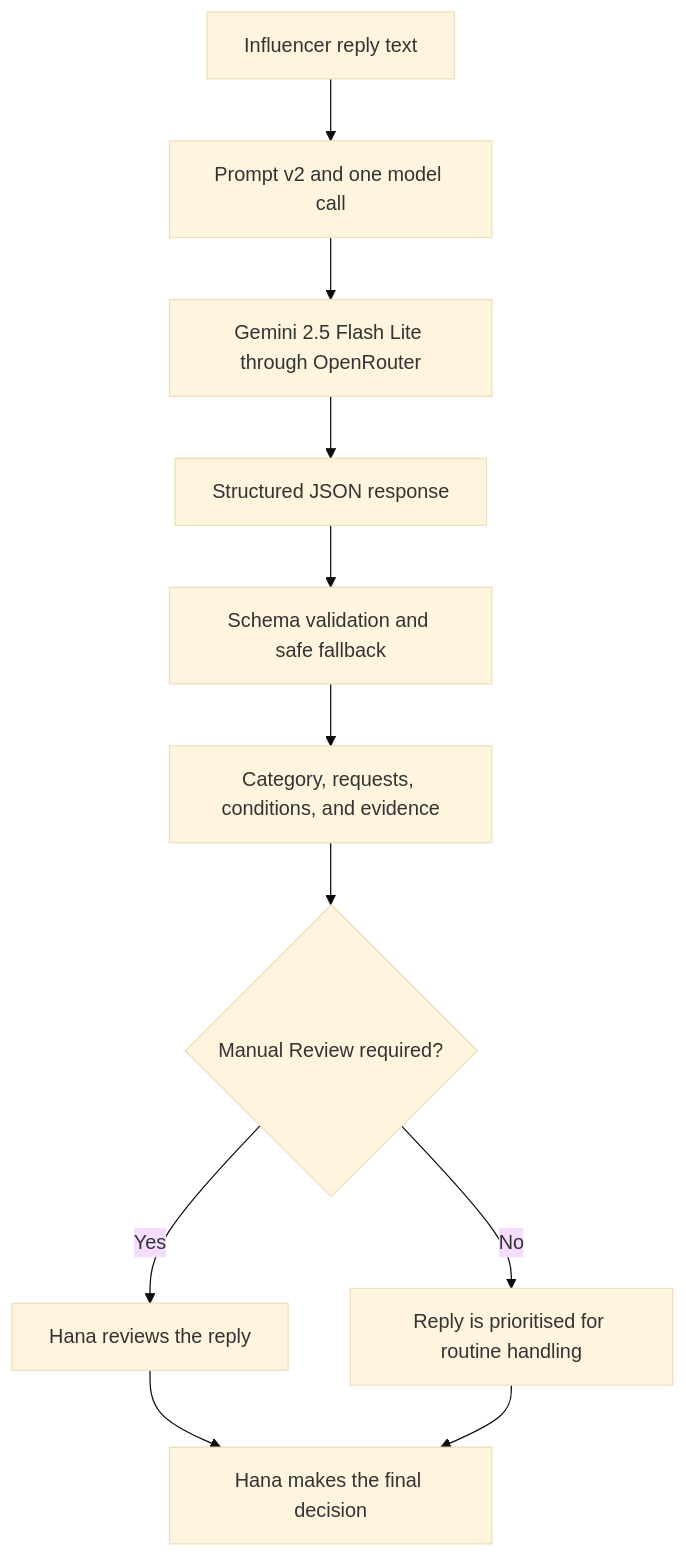
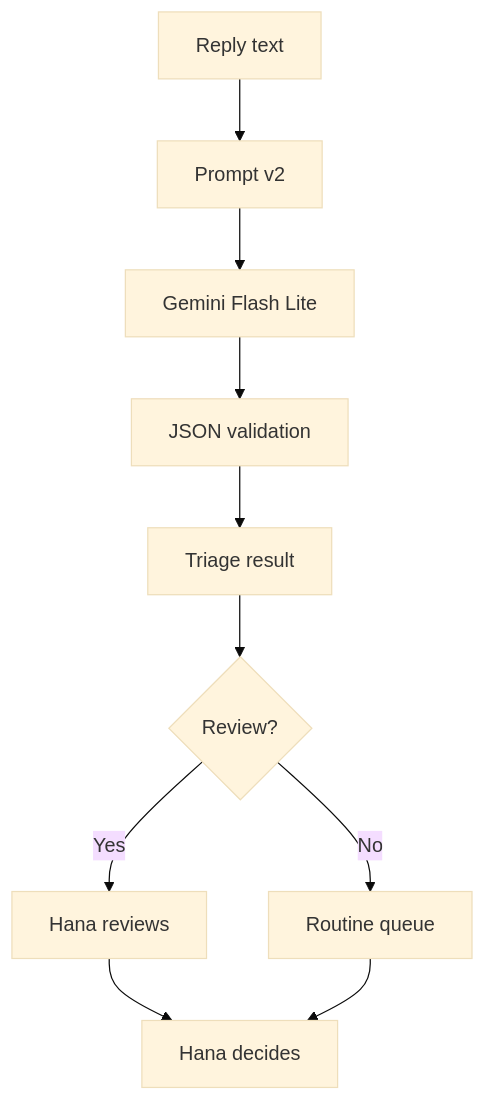
The diagram in README.md (usmin1004/PE6201_END-OF-COURSE-PROJECT-), drawn with Mermaid (base theme) before and after one commit.

````diff
--- a/README.md
+++ b/README.md
@@ -29,13 +29,12 @@
 ```mermaid
 flowchart TD
-    A[Influencer reply text] --> B[Prompt v2 and one model call]
-    B --> C[Gemini 2.5 Flash Lite through OpenRouter]
-    C --> D[Structured JSON response]
-    D --> E[Schema validation and safe fallback]
-    E --> F[Category, requests, conditions, and evidence]
-    F --> G{Manual Review required?}
-    G -->|Yes| H[Hana reviews the reply]
-    G -->|No| I[Reply is prioritised for routine handling]
-    H --> J[Hana makes the final decision]
-    I --> J
+    A["Reply text"] --> B["Prompt v2"]
+    B --> C["Gemini Flash Lite"]
+    C --> D["JSON validation"]
+    D --> E["Triage result"]
+    E --> F{"Review?"}
+    F -->|Yes| G["Hana reviews"]
+    F -->|No| H["Routine queue"]
+    G --> I["Hana decides"]
+    H --> I
 ```
````
